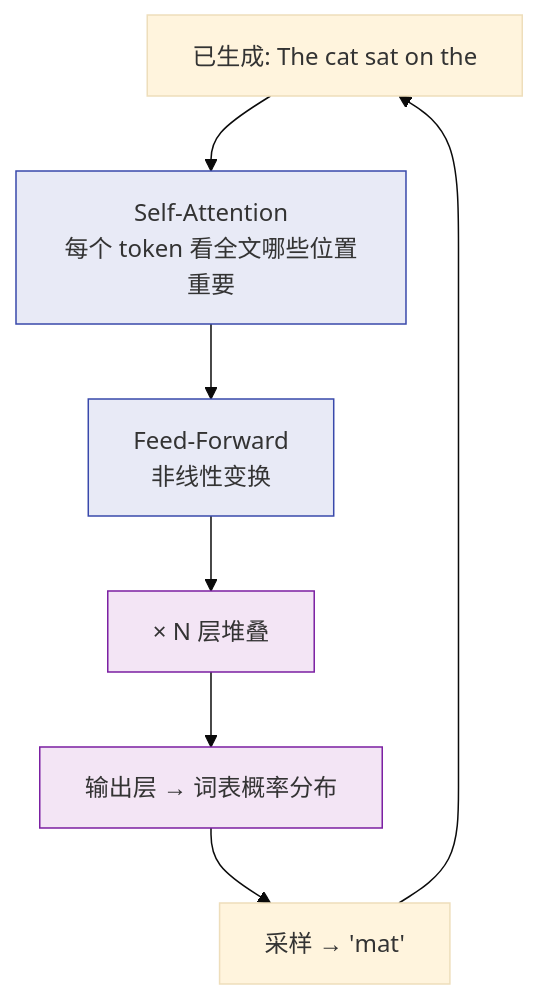
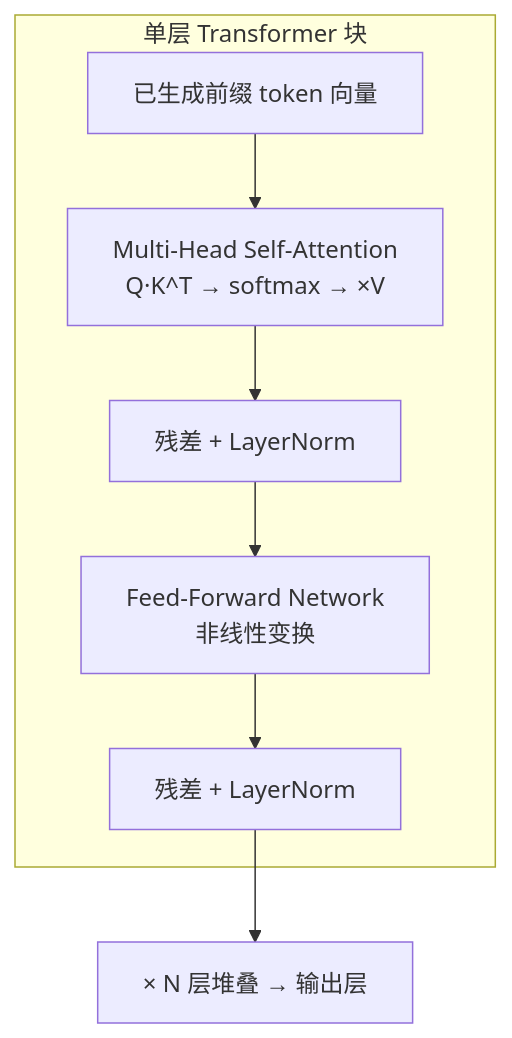
Before and after one commit to ml-cuizijun/LearnToLilith: the third of 9 diagrams in 08-AI与智能运维/01-LLM与Transformer基础/知识点.md, drawn with Mermaid. The commit also changed other lines of this file and 470 other files, not shown here.

````diff
--- a/08-AI与智能运维/01-LLM与Transformer基础/知识点.md
+++ b/08-AI与智能运维/01-LLM与Transformer基础/知识点.md
@@ -177,16 +90,10 @@
 ```mermaid
-%%{init: {"theme": "base"}}%%
 flowchart TB
-    classDef block fill:#f3e5f5,stroke:#7b1fa2
-    classDef attn fill:#e8eaf6,stroke:#3949ab
-
-    IN["已生成: The cat sat on the"] --> SA["Self-Attention<br/>每个 token 看全文哪些位置重要"]
-    SA --> FFN["Feed-Forward<br/>非线性变换"]
-    FFN --> STACK["× N 层堆叠"]
-    STACK --> HEAD["输出层 → 词表概率分布"]
-    HEAD --> SAMPLE["采样 → 'mat'"]
-    SAMPLE --> IN
-
-    class SA,FFN attn
-    class STACK,HEAD block
+    subgraph one_layer ["单层 Transformer 块"]
+        IN2["已生成前缀 token 向量"] --> SA["Multi-Head Self-Attention<br/>Q·K^T → softmax → ×V"]
+        SA --> ADD1["残差 + LayerNorm"]
+        ADD1 --> FFN["Feed-Forward Network<br/>非线性变换"]
+        FFN --> ADD2["残差 + LayerNorm"]
+    end
+    ADD2 --> NEXT["× N 层堆叠 → 输出层"]
 ```
````
